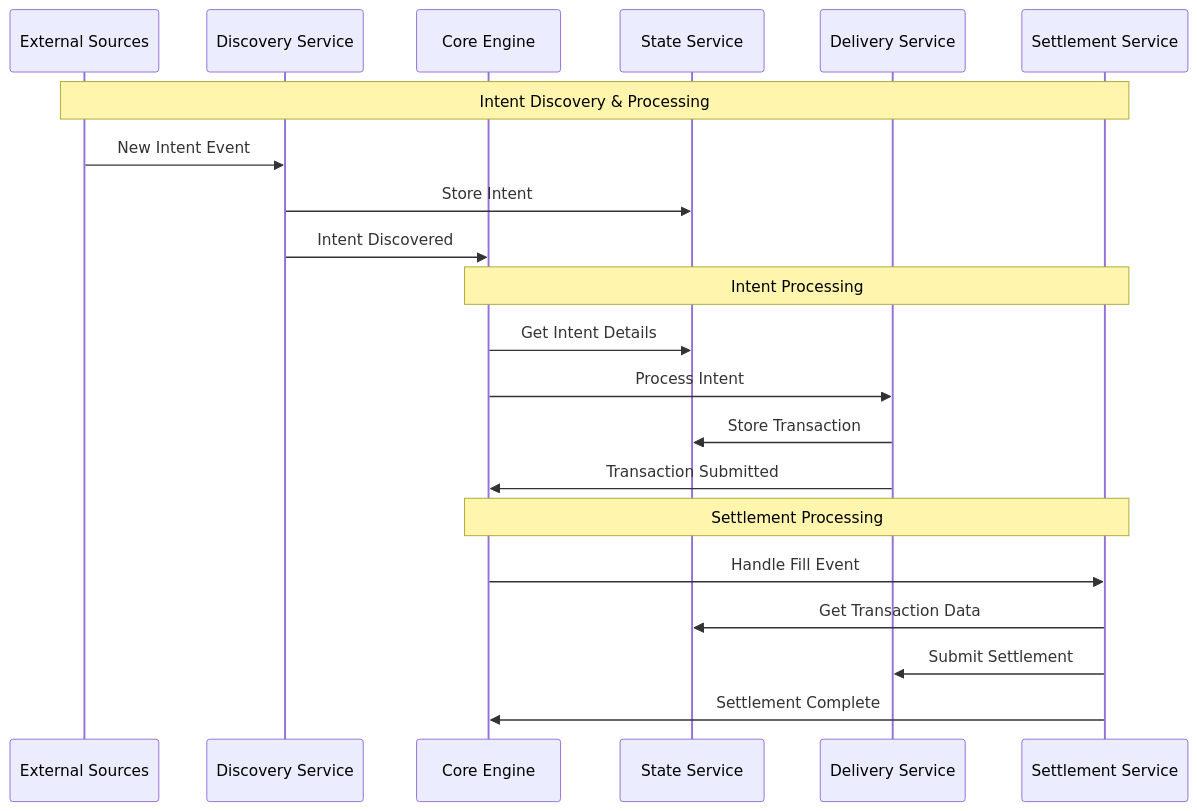
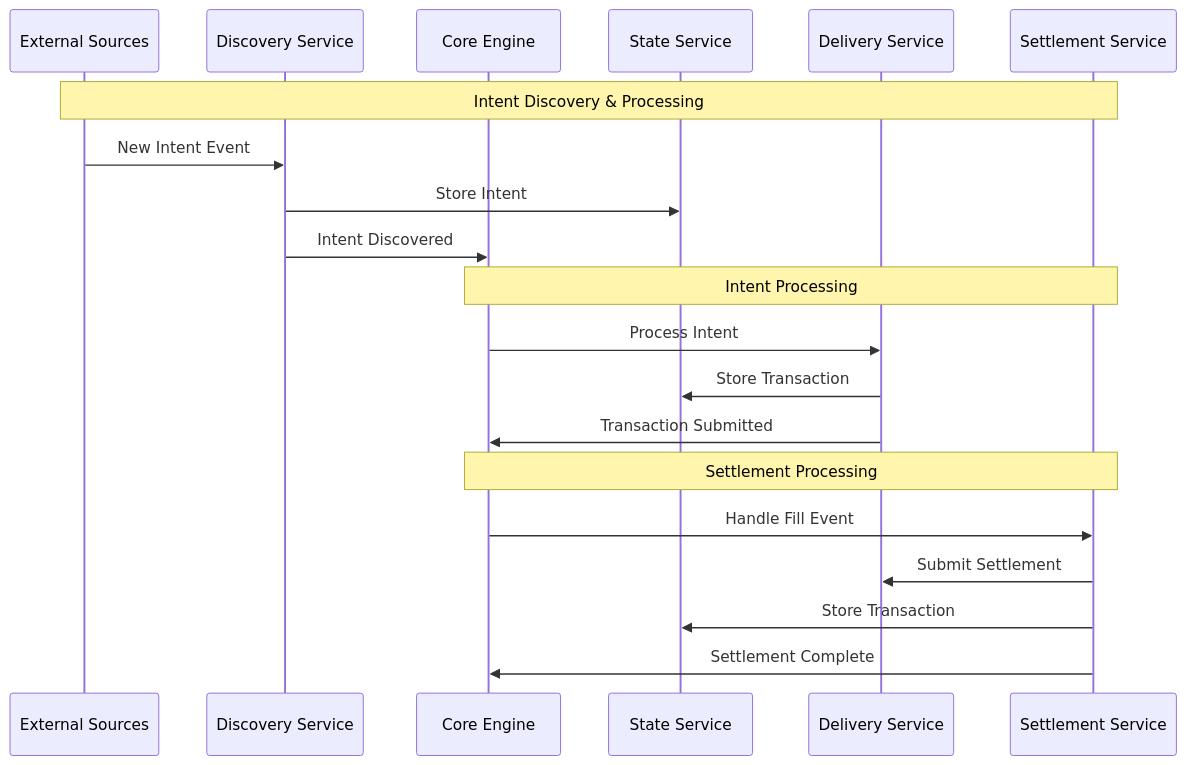
One commit to shahnami/oif-solver changed the first of 6 diagrams in ARCHITECTURE_PROPOSAL.md. Above: the diagram before and after it, drawn with Mermaid. The commit also changed other lines of this file, not shown here.

Commit message:
docs: Update architecture

````diff
--- a/ARCHITECTURE_PROPOSAL.md
+++ b/ARCHITECTURE_PROPOSAL.md
@@ -40,26 +39,25 @@
 ```mermaid
 sequenceDiagram
     participant External as External Sources
     participant Discovery as Discovery Service
     participant Core as Core Engine
     participant State as State Service
     participant Delivery as Delivery Service
     participant Settlement as Settlement Service
 
     Note over External,Settlement: Intent Discovery & Processing
     External->>Discovery: New Intent Event
     Discovery->>State: Store Intent
     Discovery->>Core: Intent Discovered
 
     Note over Core,Settlement: Intent Processing
-    Core->>State: Get Intent Details
     Core->>Delivery: Process Intent
     Delivery->>State: Store Transaction
     Delivery->>Core: Transaction Submitted
 
     Note over Core,Settlement: Settlement Processing
     Core->>Settlement: Handle Fill Event
-    Settlement->>State: Get Transaction Data
     Settlement->>Delivery: Submit Settlement
+    Settlement->>State: Store Transaction
     Settlement->>Core: Settlement Complete
 ```
````
